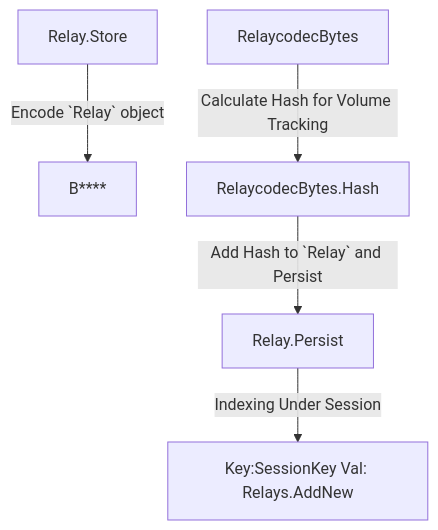
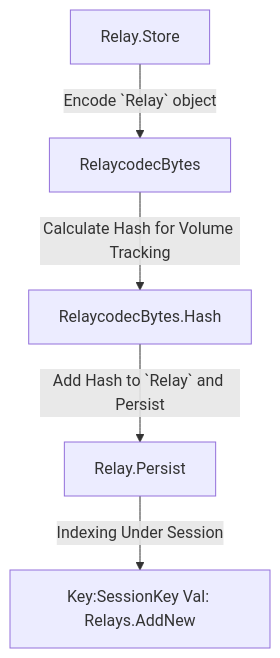
Before and after one commit to pokt-network/pocket: the fourth of 5 diagrams in utility/service/PROTOCOLS.md, drawn with Mermaid. The commit also changed other lines of this file and 1 other file, not shown here.

````diff
--- a/utility/service/PROTOCOLS.md
+++ b/utility/service/PROTOCOLS.md
@@ -106,8 +106,8 @@
 ```mermaid
 graph TD
-    A[Relay.Store] -->|Encode `Relay` object|B****
+    A[Relay.Store] -->|Encode `Relay` object| B
     B[RelaycodecBytes] -->|Calculate Hash for Volume Tracking| C
     C[RelaycodecBytes.Hash] -->|Add Hash to `Relay` and Persist| D
-    D[Relay.Persist] --> |Indexing Under Session|E
+    D[Relay.Persist] --> |Indexing Under Session| E
     E[Key:SessionKey Val: Relays.AddNew]
 ```
````
